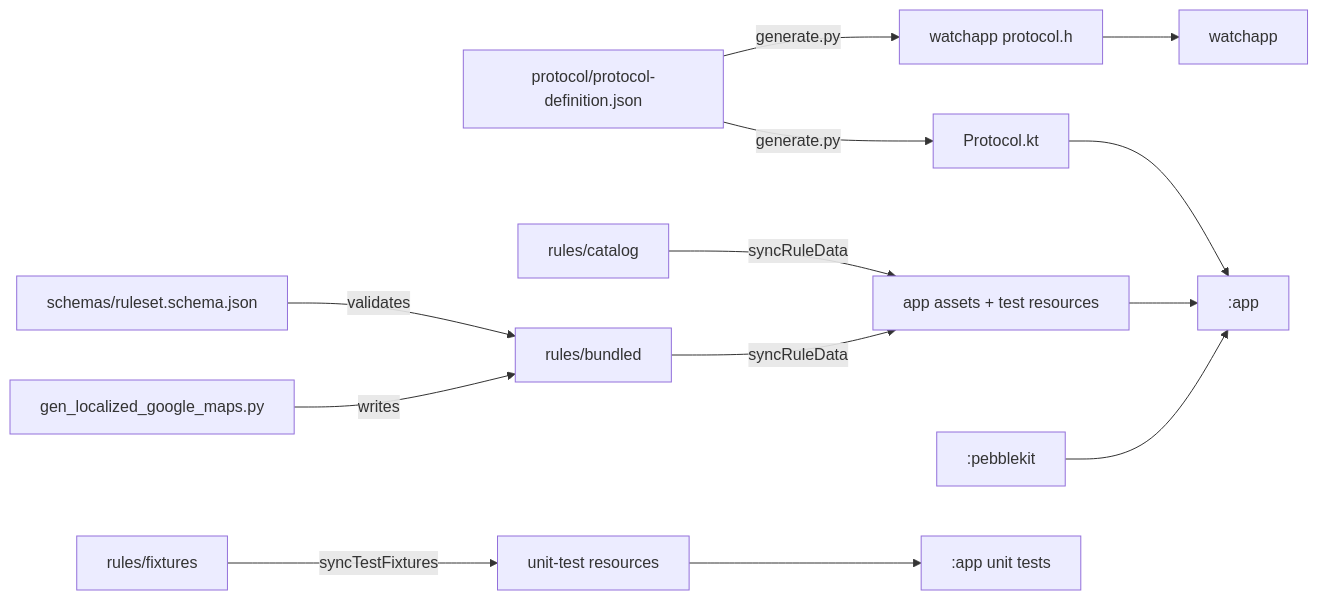
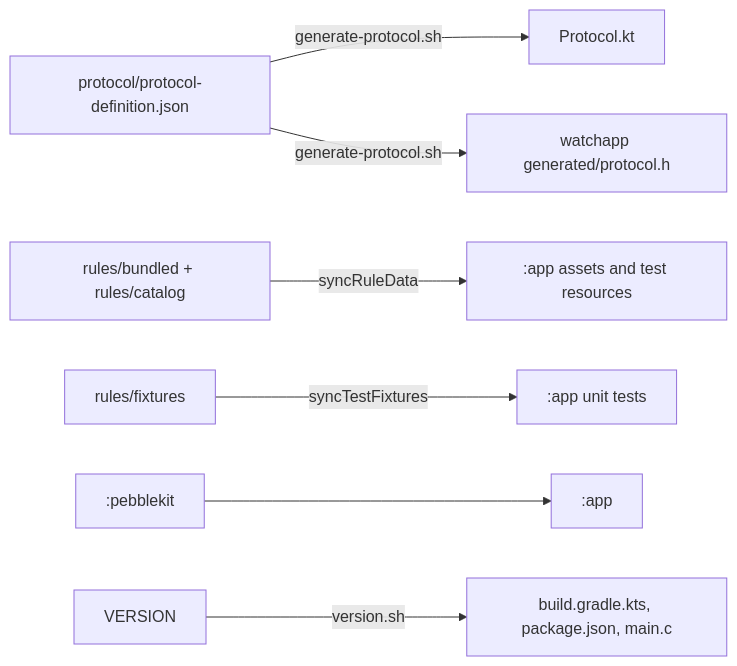
Before and after one commit to optio/PebbleNTN: the diagram in aidlc/spaces/default/codekb/PebbleNTN/dependencies.md, drawn with Mermaid. The commit also changed other lines of this file and 48 other files, not shown here.

````diff
--- a/aidlc/spaces/default/codekb/PebbleNTN/dependencies.md
+++ b/aidlc/spaces/default/codekb/PebbleNTN/dependencies.md
@@ -7,15 +7,9 @@
 ```mermaid
 flowchart LR
-    PD["protocol/protocol-definition.json"] -->|generate.py| PK["Protocol.kt"]
-    PD -->|generate.py| PH["watchapp protocol.h"]
-    RC["rules/catalog"] -->|syncRuleData| ASSETS["app assets + test resources"]
-    RB["rules/bundled"] -->|syncRuleData| ASSETS
-    RF["rules/fixtures"] -->|syncTestFixtures| TRES["unit-test resources"]
-    PKIT[":pebblekit"] --> APP[":app"]
-    PK --> APP
-    ASSETS --> APP
-    TRES --> APPT[":app unit tests"]
-    PH --> WA["watchapp"]
-    GEN["gen_localized_google_maps.py"] -->|writes| RB
-    SCH["schemas/ruleset.schema.json"] -->|validates| RB
+  PD[protocol/protocol-definition.json] -->|generate-protocol.sh| PK[Protocol.kt]
+  PD -->|generate-protocol.sh| PH[watchapp generated/protocol.h]
+  RB[rules/bundled + rules/catalog] -->|syncRuleData| APP[:app assets and test resources]
+  RF[rules/fixtures] -->|syncTestFixtures| TEST[:app unit tests]
+  PEB[:pebblekit] --> APP2[:app]
+  VER[VERSION] -->|version.sh| SYNC[build.gradle.kts, package.json, main.c]
 ```
````
